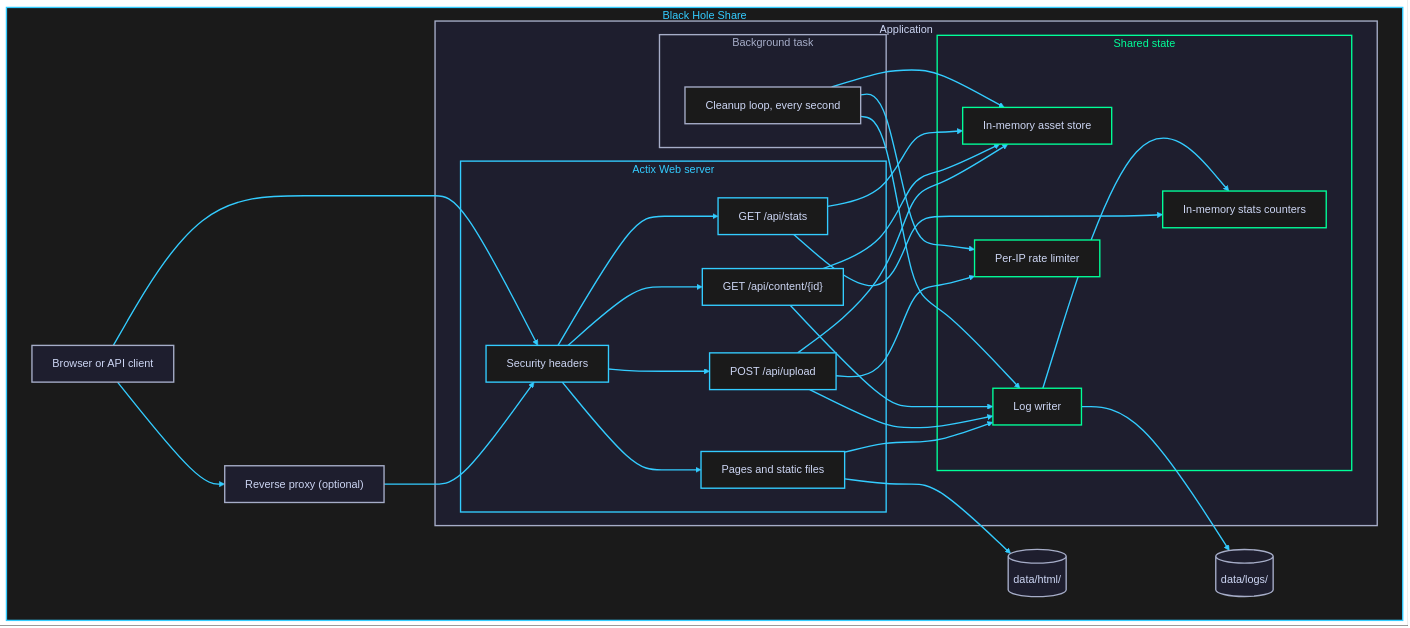
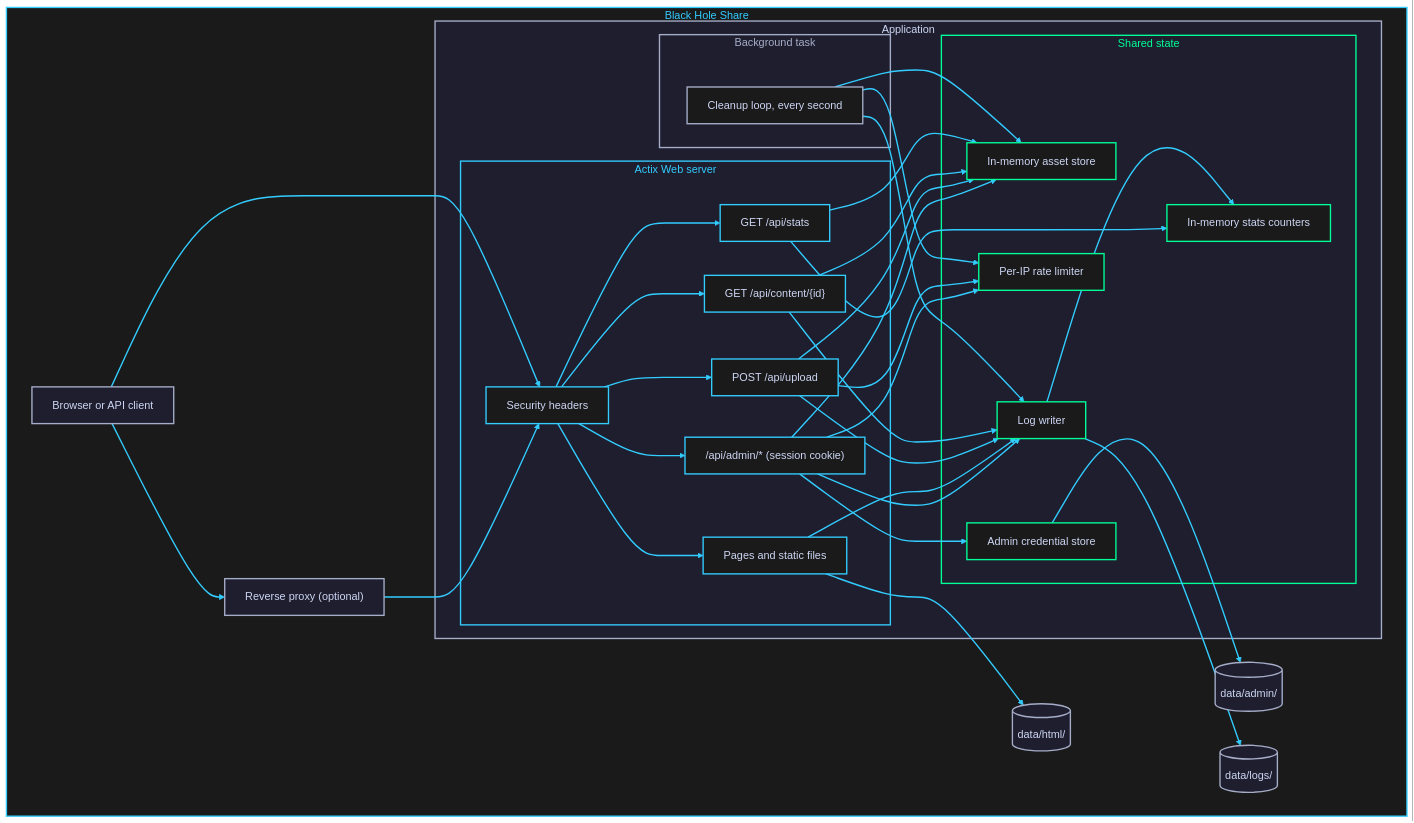
One commit to icsboyx/black_hole_share changed the diagram in docs/block-diagram.md. Above: the diagram before and after it, drawn with Mermaid. The commit also changed other lines of this file and 19 other files, not shown here.

First line of the commit message:
Add admin control panel with session login and top admin bar

```diff
--- a/docs/block-diagram.md
+++ b/docs/block-diagram.md
@@ -8,6 +8,7 @@
         Proxy["Reverse proxy (optional)"]
         HtmlFiles[("data/html/")]
         LogFiles[("data/logs/")]
+        AdminFiles[("data/admin/")]
 
         subgraph Process["Application"]
             subgraph Web["Actix Web server"]
@@ -16,6 +17,7 @@
                 Upload["POST /api/upload"]
                 Content["GET /api/content/{id}"]
                 Stats["GET /api/stats"]
+                Admin["/api/admin/* (session cookie)"]
             end
 
             subgraph Background["Background task"]
@@ -27,6 +29,7 @@
                 Limit["Per-IP rate limiter"]
                 Logger["Log writer"]
                 Counters["In-memory stats counters"]
+                Creds["Admin credential store"]
             end
         end
     end
@@ -39,6 +42,13 @@
     Headers --> Upload
     Headers --> Content
     Headers --> Stats
+    Headers --> Admin
+
+    Admin --> Creds
+    Admin --> Store
+    Admin --> Limit
+    Admin --> Logger
+    Creds --> AdminFiles
 
     Pages --> HtmlFiles
     Pages --> Logger
@@ -65,10 +75,10 @@
     classDef task fill:#1a1a1a,stroke:#a6adc8,stroke-width:2px,color:#cdd6f4
     classDef state fill:#1a1a1a,stroke:#00ff99,stroke-width:2px,color:#cdd6f4
 
-    class Client,Proxy,HtmlFiles,LogFiles external
-    class Headers,Pages,Upload,Content,Stats web
+    class Client,Proxy,HtmlFiles,LogFiles,AdminFiles external
+    class Headers,Pages,Upload,Content,Stats,Admin web
     class Cleanup task
-    class Store,Limit,Logger,Counters state
+    class Store,Limit,Logger,Counters,Creds state
 
     style Overview fill:#1a1a1a,stroke:#33ccff,stroke-width:2px,color:#33ccff
     style Process fill:#1e1e2e,stroke:#a6adc8,stroke-width:2px,color:#cdd6f4
```
